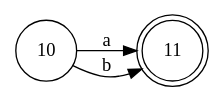
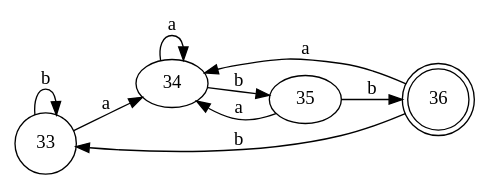
The diagram in test-output/automata1.gv (bryannalfaro/Dise-odeLenguajes), drawn with Graphviz before and after one commit. The commit also changed 4 other files, not shown here.

```diff
--- a/test-output/automata1.gv
+++ b/test-output/automata1.gv
@@ -1,7 +1,13 @@
 digraph automata1 {
 	rankdir=LR
-	10 [label=10 shape=circle]
-	11 [label=11 shape=doublecircle]
-	10 -> 11 [label=a]
-	10 -> 11 [label=b]
+	33 [label=33 shape=circle]
+	36 [label=36 shape=doublecircle]
+	33 -> 34 [label=a]
+	33 -> 33 [label=b]
+	34 -> 34 [label=a]
+	34 -> 35 [label=b]
+	35 -> 34 [label=a]
+	35 -> 36 [label=b]
+	36 -> 34 [label=a]
+	36 -> 33 [label=b]
 }
```
